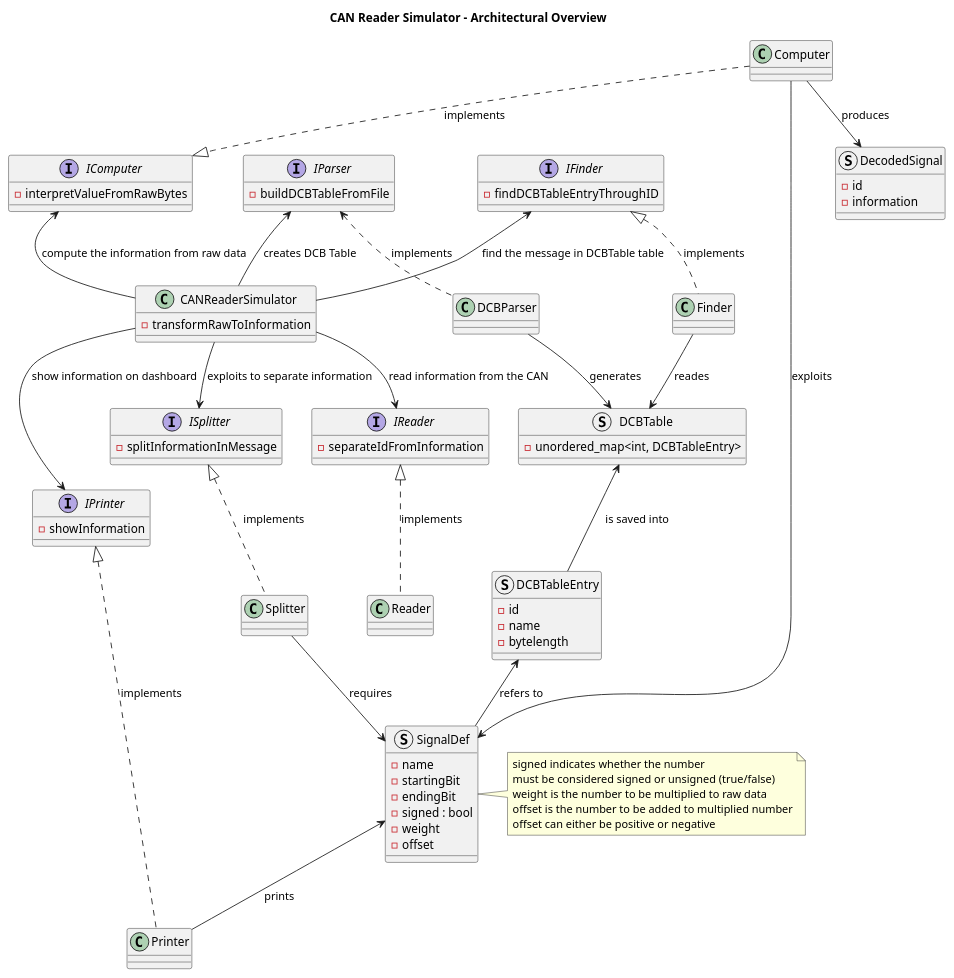
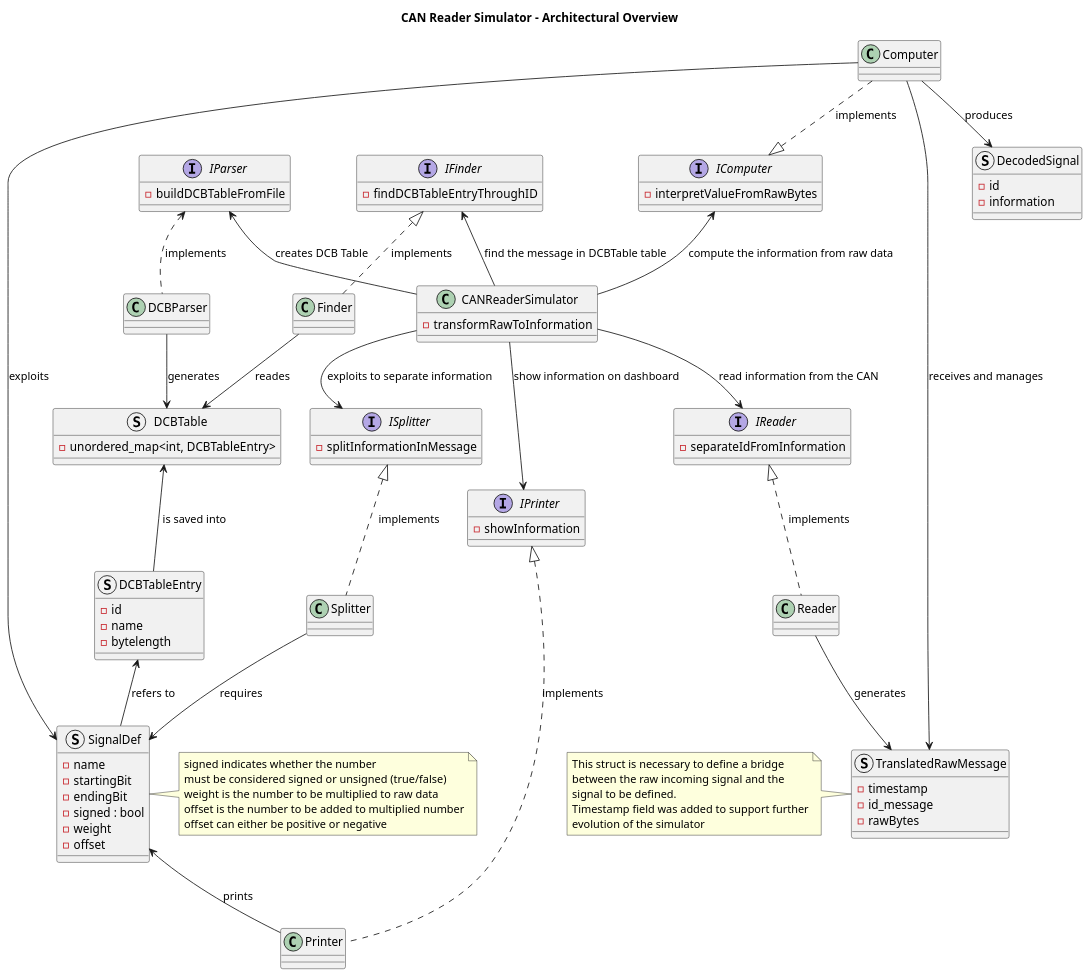
One commit to francescomadaro03/can-reader-simulator changed the diagram in architecture/relationship_and_responsibility.puml. Above: the diagram before and after it, drawn with PlantUML.

Commit message:
feat: added struct to better define communication between classes and enforce OCP compliance

```diff
--- a/architecture/relationship_and_responsibility.puml
+++ b/architecture/relationship_and_responsibility.puml
@@ -1,103 +1,119 @@
 @startuml
 
 
 title CAN Reader Simulator - Architectural Overview
 
 struct SignalDef {
     - name
     - startingBit
     - endingBit
     - signed : bool
     - weight
     - offset
 }
 
 note right of SignalDef
 signed indicates whether the number 
 must be considered signed or unsigned (true/false)
 weight is the number to be multiplied to raw data
 offset is the number to be added to multiplied number
 offset can either be positive or negative
 end note
 
 struct DCBTableEntry {
     - id
     - name
     - bytelength
 }
 
 struct DCBTable {
     - unordered_map<int, DCBTableEntry>
 }
 
 struct DecodedSignal {
     - id
     - information 
 }
 
+struct TranslatedRawMessage {
+    - timestamp
+    - id_message
+    - rawBytes
+}
+
+note left of TranslatedRawMessage 
+This struct is necessary to define a bridge
+between the raw incoming signal and the 
+signal to be defined.
+Timestamp field was added to support further
+evolution of the simulator
+end note
+
+Reader --> TranslatedRawMessage : generates
+Computer --> TranslatedRawMessage : receives and manages
 
 DCBTableEntry -up-> DCBTable : is saved into
 DCBTableEntry <-down- SignalDef : refers to
 
 interface IParser {
     - buildDCBTableFromFile
 }
 
 interface IReader {
     - separateIdFromInformation
 }
 
 class Reader {}
 
 interface ISplitter {
     - splitInformationInMessage
 }
 
 class Splitter {}
 
 interface IFinder {
     - findDCBTableEntryThroughID
 }
 
 class Finder {}
 
 interface IComputer {
     - interpretValueFromRawBytes
 }
 
 class Computer {}
 
 interface IPrinter {
     - showInformation
 }
 
 class Printer {}
 
 class CANReaderSimulator {
     - transformRawToInformation
 }
 
 class DCBParser {
 
 }
 
 CANReaderSimulator -up-> IParser : creates DCB Table
 CANReaderSimulator -down-> IReader : read information from the CAN
 CANReaderSimulator -down-> ISplitter : exploits to separate information
 CANReaderSimulator -up-> IFinder : find the message in DCBTable table
 CANReaderSimulator -up-> IComputer : compute the information from raw data
 CANReaderSimulator -down-> IPrinter : show information on dashboard
 IPrinter <|.down. Printer : implements
 ISplitter <|.down. Splitter : implements
 IReader <|.down. Reader : implements
 Computer .down.|> IComputer : implements
 IFinder <|.down. Finder : implements
 Finder --> DCBTable : reades
 Computer --> SignalDef : exploits
 Computer --> DecodedSignal : produces
 Printer -up-> SignalDef : prints
 DCBParser --> DCBTable : generates
 Splitter --> SignalDef : requires 
 IParser <.. DCBParser : implements
 
 @enduml
```
